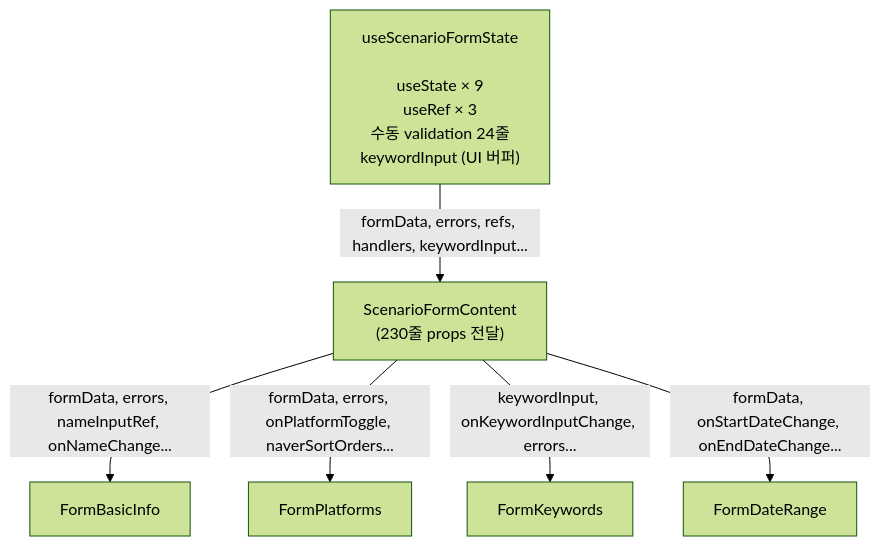
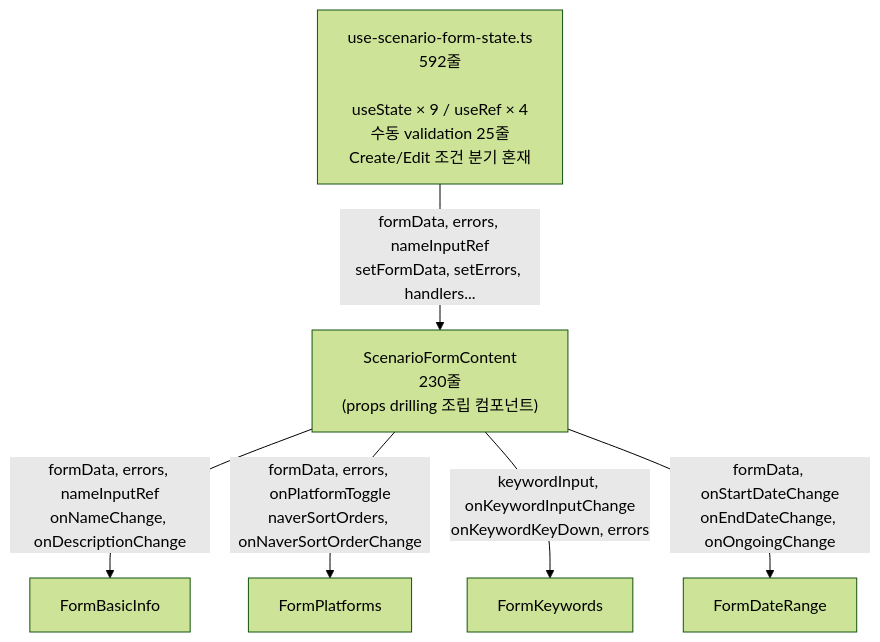
The first of 5 diagrams in docs/rhf-zod.md (kimyoungyin/lala-contribution), drawn with Mermaid (forest theme) before and after one commit. The commit also changed other lines of this file, not shown here.

````diff
--- a/docs/rhf-zod.md
+++ b/docs/rhf-zod.md
@@ -128,9 +117,11 @@
 ```mermaid
 graph TD
-    H["useScenarioFormState<br/><br/>useState × 9<br/>useRef × 3<br/>수동 validation 24줄<br/>keywordInput (UI 버퍼)"]
-    H -- "formData, errors, refs, handlers, keywordInput..." --> SC["ScenarioFormContent<br/>(230줄 props 전달)"]
-    SC -- "formData, errors, nameInputRef, onNameChange..." --> BI["FormBasicInfo"]
-    SC -- "formData, errors, onPlatformToggle, naverSortOrders..." --> PL["FormPlatforms"]
-    SC -- "keywordInput, onKeywordInputChange, errors..." --> KW["FormKeywords"]
-    SC -- "formData, onStartDateChange, onEndDateChange..." --> DR["FormDateRange"]
+    H["use-scenario-form-state.ts<br/>592줄<br/><br/>useState × 9 / useRef × 4<br/>수동 validation 25줄<br/>Create/Edit 조건 분기 혼재"]
+
+    H -- "formData, errors, nameInputRef<br/>setFormData, setErrors, handlers..." --> SC["ScenarioFormContent<br/>230줄<br/>(props drilling 조립 컴포넌트)"]
+
+    SC -- "formData, errors, nameInputRef<br/>onNameChange, onDescriptionChange" --> BI["FormBasicInfo"]
+    SC -- "formData, errors, onPlatformToggle<br/>naverSortOrders, onNaverSortOrderChange" --> PL["FormPlatforms"]
+    SC -- "keywordInput, onKeywordInputChange<br/>onKeywordKeyDown, errors" --> KW["FormKeywords"]
+    SC -- "formData, onStartDateChange<br/>onEndDateChange, onOngoingChange" --> DR["FormDateRange"]
 ```
````
